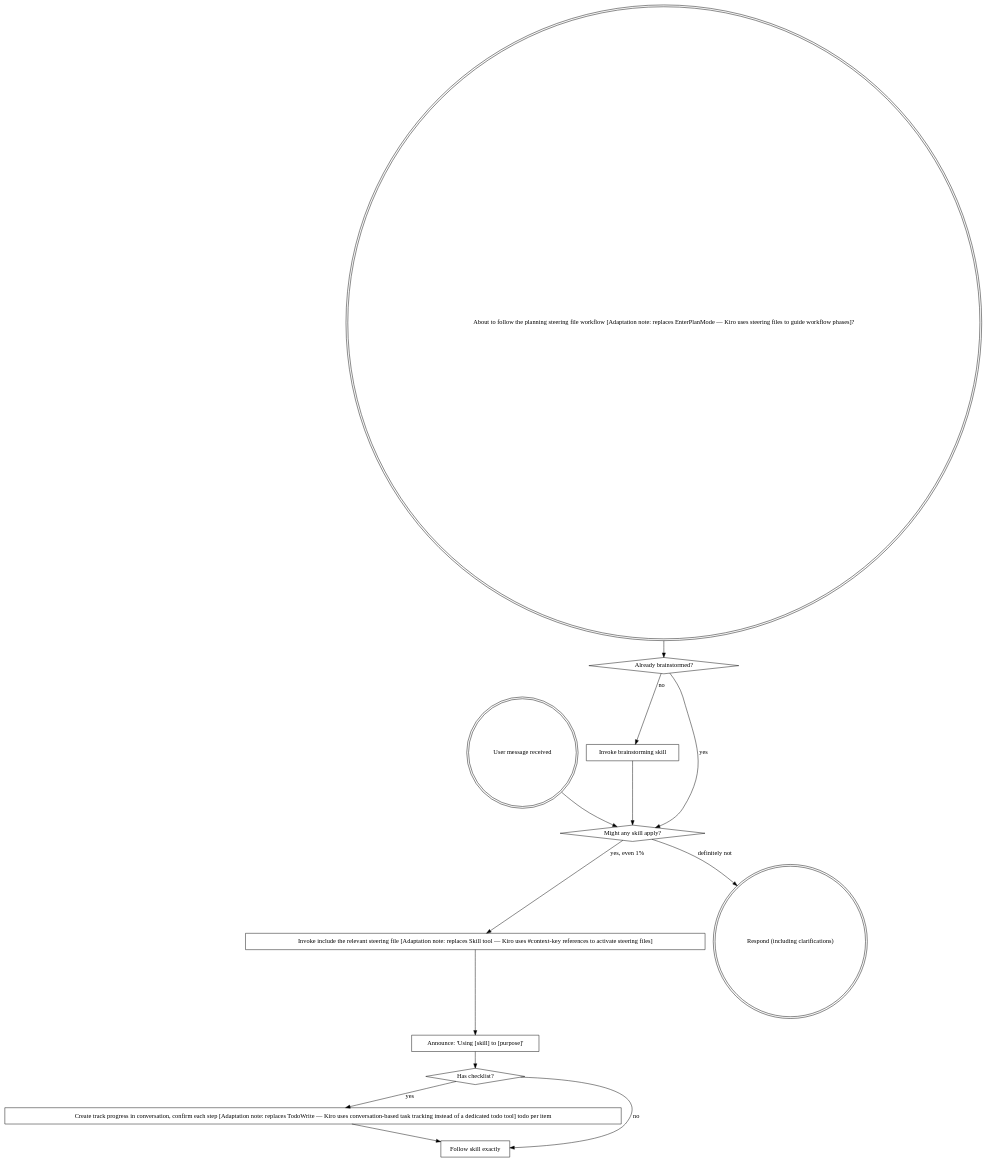
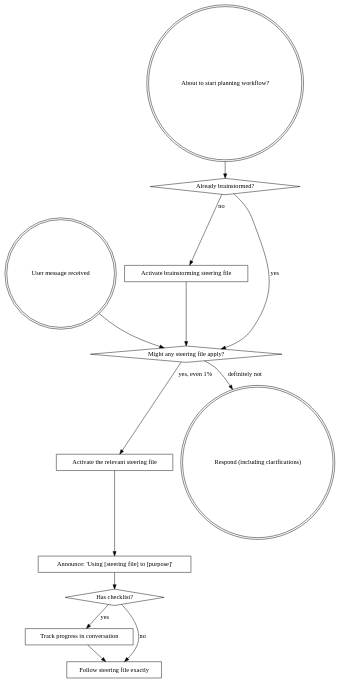
Before and after one commit to yogesh/kiro-superpowers: the diagram in .kiro/steering/using-superpowers.md, drawn with Graphviz. The commit also changed other lines of this file and 24 other files, not shown here.

Commit message:
Overhaul of steering files to make them 100% compatible with Kiro IDE

````diff
--- a/.kiro/steering/using-superpowers.md
+++ b/.kiro/steering/using-superpowers.md
@@ -53,29 +43,29 @@
 ```dot
 digraph skill_flow {
     "User message received" [shape=doublecircle];
-    "About to follow the planning steering file workflow [Adaptation note: replaces EnterPlanMode — Kiro uses steering files to guide workflow phases]?" [shape=doublecircle];
+    "About to start planning workflow?" [shape=doublecircle];
     "Already brainstormed?" [shape=diamond];
-    "Invoke brainstorming skill" [shape=box];
-    "Might any skill apply?" [shape=diamond];
-    "Invoke include the relevant steering file [Adaptation note: replaces Skill tool — Kiro uses #context-key references to activate steering files]" [shape=box];
-    "Announce: 'Using [skill] to [purpose]'" [shape=box];
+    "Activate brainstorming steering file" [shape=box];
+    "Might any steering file apply?" [shape=diamond];
+    "Activate the relevant steering file" [shape=box];
+    "Announce: 'Using [steering file] to [purpose]'" [shape=box];
     "Has checklist?" [shape=diamond];
-    "Create track progress in conversation, confirm each step [Adaptation note: replaces TodoWrite — Kiro uses conversation-based task tracking instead of a dedicated todo tool] todo per item" [shape=box];
-    "Follow skill exactly" [shape=box];
+    "Track progress in conversation" [shape=box];
+    "Follow steering file exactly" [shape=box];
     "Respond (including clarifications)" [shape=doublecircle];
 
-    "About to follow the planning steering file workflow [Adaptation note: replaces EnterPlanMode — Kiro uses steering files to guide workflow phases]?" -> "Already brainstormed?";
-    "Already brainstormed?" -> "Invoke brainstorming skill" [label="no"];
-    "Already brainstormed?" -> "Might any skill apply?" [label="yes"];
-    "Invoke brainstorming skill" -> "Might any skill apply?";
+    "About to start planning workflow?" -> "Already brainstormed?";
+    "Already brainstormed?" -> "Activate brainstorming steering file" [label="no"];
+    "Already brainstormed?" -> "Might any steering file apply?" [label="yes"];
+    "Activate brainstorming steering file" -> "Might any steering file apply?";
 
-    "User message received" -> "Might any skill apply?";
-    "Might any skill apply?" -> "Invoke include the relevant steering file [Adaptation note: replaces Skill tool — Kiro uses #context-key references to activate steering files]" [label="yes, even 1%"];
-    "Might any skill apply?" -> "Respond (including clarifications)" [label="definitely not"];
-    "Invoke include the relevant steering file [Adaptation note: replaces Skill tool — Kiro uses #context-key references to activate steering files]" -> "Announce: 'Using [skill] to [purpose]'";
-    "Announce: 'Using [skill] to [purpose]'" -> "Has checklist?";
-    "Has checklist?" -> "Create track progress in conversation, confirm each step [Adaptation note: replaces TodoWrite — Kiro uses conversation-based task tracking instead of a dedicated todo tool] todo per item" [label="yes"];
-    "Has checklist?" -> "Follow skill exactly" [label="no"];
-    "Create track progress in conversation, confirm each step [Adaptation note: replaces TodoWrite — Kiro uses conversation-based task tracking instead of a dedicated todo tool] todo per item" -> "Follow skill exactly";
+    "User message received" -> "Might any steering file apply?";
+    "Might any steering file apply?" -> "Activate the relevant steering file" [label="yes, even 1%"];
+    "Might any steering file apply?" -> "Respond (including clarifications)" [label="definitely not"];
+    "Activate the relevant steering file" -> "Announce: 'Using [steering file] to [purpose]'";
+    "Announce: 'Using [steering file] to [purpose]'" -> "Has checklist?";
+    "Has checklist?" -> "Track progress in conversation" [label="yes"];
+    "Has checklist?" -> "Follow steering file exactly" [label="no"];
+    "Track progress in conversation" -> "Follow steering file exactly";
 }
 ```
````
